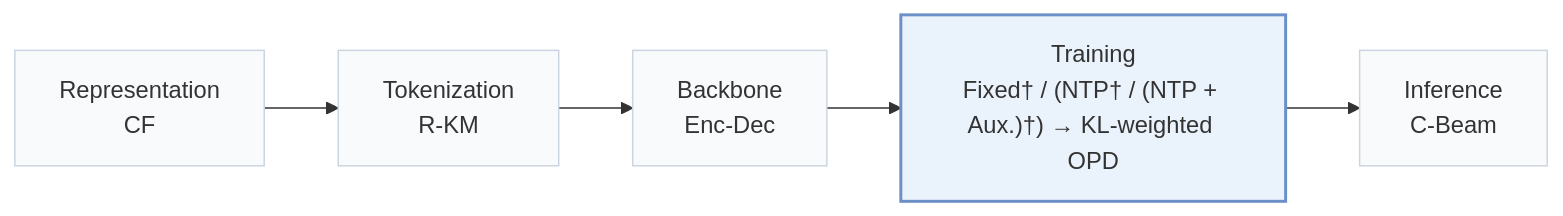
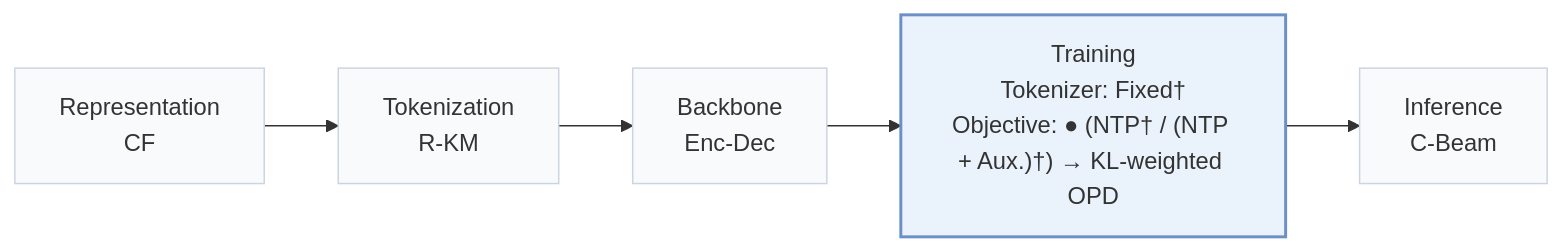
One commit to Galaxy-ghost/Awesome-SID-Generative-Rec changed the first of 2 diagrams in pages/papers/kl-mopd.md. Above: the diagram before and after it, drawn with Mermaid. The commit also changed other lines of this file and 558 other files, not shown here.

````diff
--- a/pages/papers/kl-mopd.md
+++ b/pages/papers/kl-mopd.md
@@ -15,8 +18,8 @@
 ```mermaid
 flowchart LR
-    R["Representation<br/>CF"] --> T["Tokenization<br/>R-KM"] --> B["Backbone<br/>Enc-Dec"] --> TR["Training<br/>Fixed† / (NTP† / (NTP + Aux.)†) → KL-weighted OPD"] --> I["Inference<br/>C-Beam"]
+    R["Representation<br/>CF"] --> T["Tokenization<br/>R-KM"] --> B["Backbone<br/>Enc-Dec"] --> TR["Training<br/>Tokenizer: Fixed†<br/>Objective: ● (NTP† / (NTP + Aux.)†) → KL-weighted OPD"] --> I["Inference<br/>C-Beam"]
     classDef base fill:#f8fafc,stroke:#cbd5e1
     class R,T,B,TR,I base
     classDef main fill:#eaf2fb,stroke:#6b8fc7,stroke-width:2px
     class TR main
 ```
````
